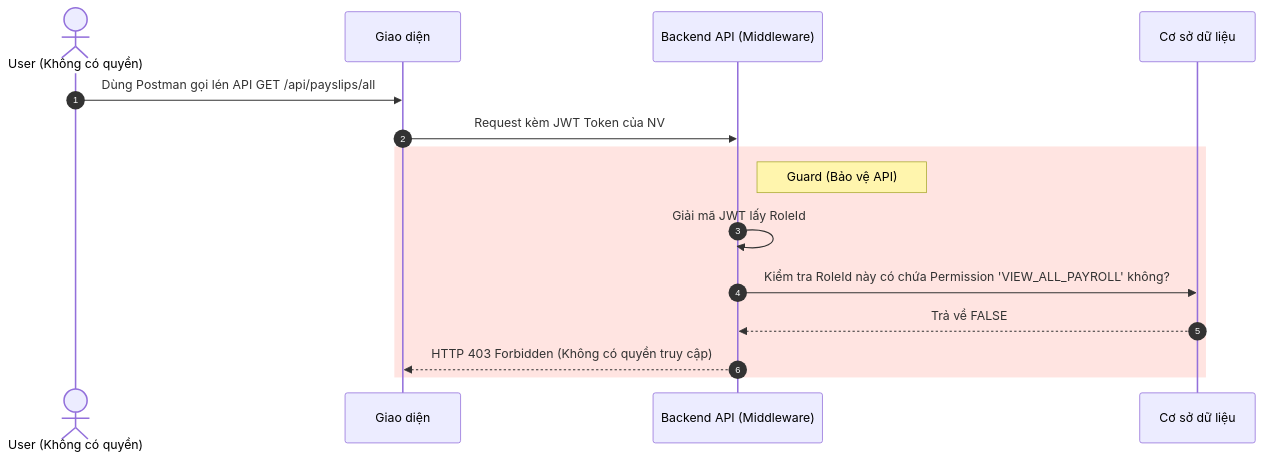
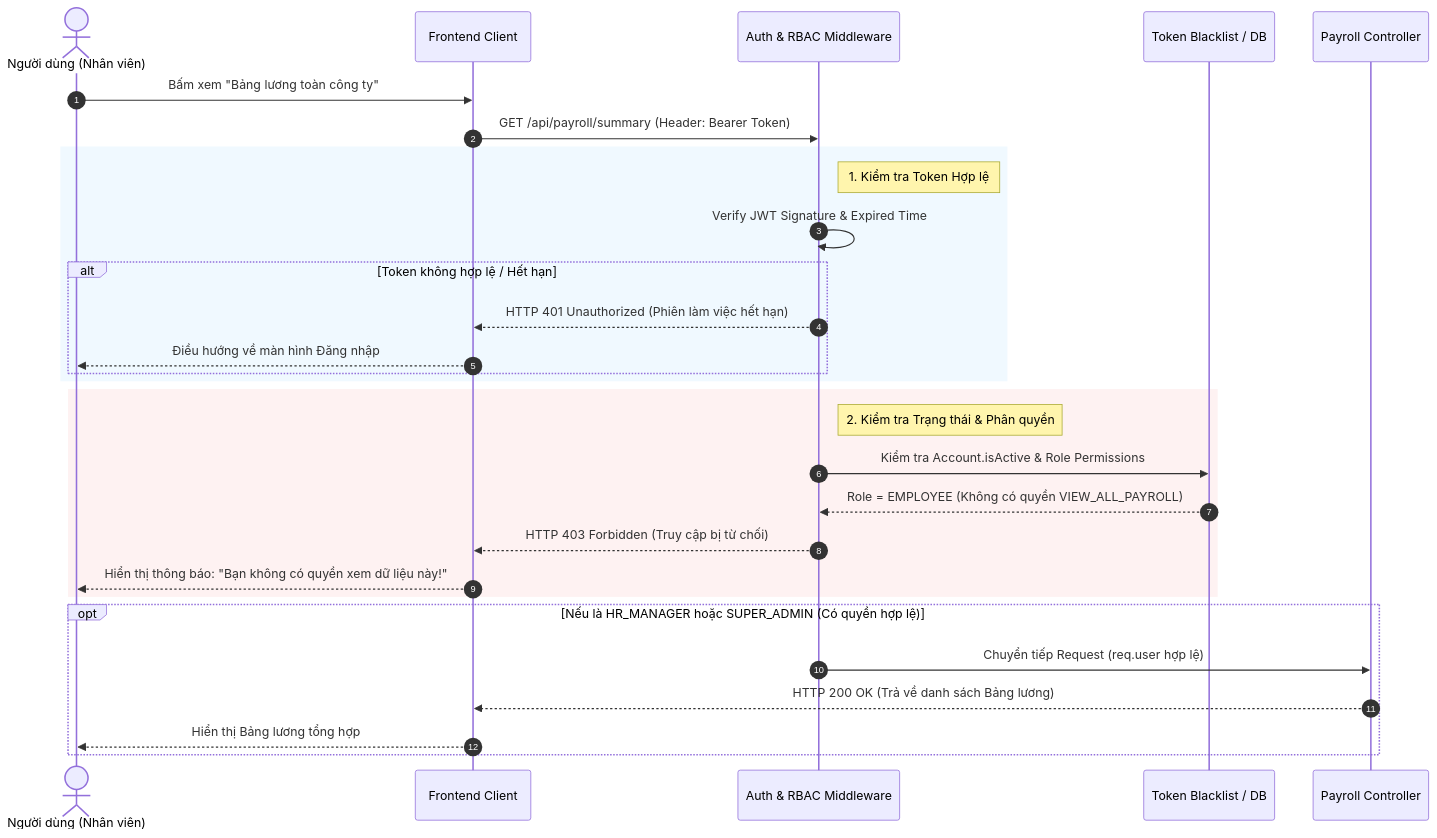
The sixth of 7 diagrams in docs/Tài liệu phân tích nghiệp vụ từng module/Module Hệ thống Phân quyền/Chuc-nang-Phan-Quyen-RBAC.md (aye2710/HRM-DATN), drawn with Mermaid before and after one commit. The commit also changed other lines of this file and 27 other files, not shown here.

````diff
--- a/docs/Tài liệu phân tích nghiệp vụ từng module/Module Hệ thống Phân quyền/Chuc-nang-Phan-Quyen-RBAC.md
+++ b/docs/Tài liệu phân tích nghiệp vụ từng module/Module Hệ thống Phân quyền/Chuc-nang-Phan-Quyen-RBAC.md
@@ -15,19 +241,35 @@
 ```mermaid
 sequenceDiagram
     autonumber
-    actor NV as User (Không có quyền)
-    participant FE as Giao diện
-    participant BE as Backend API (Middleware)
-    participant DB as Cơ sở dữ liệu
+    actor User as Người dùng (Nhân viên)
+    participant FE as Frontend Client
+    participant MW as Auth & RBAC Middleware
+    participant Cache as Token Blacklist / DB
+    participant Ctrl as Payroll Controller
 
-    NV->>FE: Dùng Postman gọi lén API GET /api/payslips/all
-    FE->>BE: Request kèm JWT Token của NV
+    User->>FE: Bấm xem "Bảng lương toàn công ty"
+    FE->>MW: GET /api/payroll/summary (Header: Bearer Token)
     
-    rect rgb(255, 228, 225)
-        note right of BE: Guard (Bảo vệ API)
-        BE->>BE: Giải mã JWT lấy RoleId
-        BE->>DB: Kiểm tra RoleId này có chứa Permission 'VIEW_ALL_PAYROLL' không?
-        DB-->>BE: Trả về FALSE
-        BE-->>FE: HTTP 403 Forbidden (Không có quyền truy cập)
+    rect rgb(240, 249, 255)
+        note right of MW: 1. Kiểm tra Token Hợp lệ
+        MW->>MW: Verify JWT Signature & Expired Time
+        alt Token không hợp lệ / Hết hạn
+            MW-->>FE: HTTP 401 Unauthorized (Phiên làm việc hết hạn)
+            FE-->>User: Điều hướng về màn hình Đăng nhập
+        end
+    end
+
+    rect rgb(254, 242, 242)
+        note right of MW: 2. Kiểm tra Trạng thái & Phân quyền
+        MW->>Cache: Kiểm tra Account.isActive & Role Permissions
+        Cache-->>MW: Role = EMPLOYEE (Không có quyền VIEW_ALL_PAYROLL)
+        MW-->>FE: HTTP 403 Forbidden (Truy cập bị từ chối)
+        FE-->>User: Hiển thị thông báo: "Bạn không có quyền xem dữ liệu này!"
+    end
+
+    opt Nếu là HR_MANAGER hoặc SUPER_ADMIN (Có quyền hợp lệ)
+        MW->>Ctrl: Chuyển tiếp Request (req.user hợp lệ)
+        Ctrl-->>FE: HTTP 200 OK (Trả về danh sách Bảng lương)
+        FE-->>User: Hiển thị Bảng lương tổng hợp
     end
 ```
````
